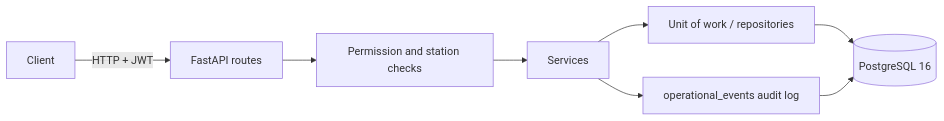
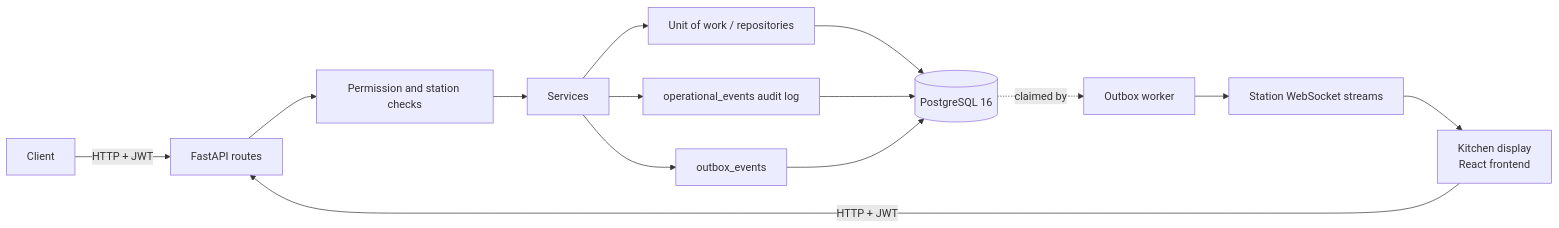
The diagram in README.md (ArturLy263/restaurant-os), drawn with Mermaid before and after one commit. The commit also changed other lines of this file, not shown here.

Commit message:
docs: describe the outbox, station streams and kitchen display in the overview

````diff
--- a/README.md
+++ b/README.md
@@ -24,10 +37,16 @@
 ```mermaid
 flowchart LR
     Client -->|HTTP + JWT| API[FastAPI routes]
     API --> Perm[Permission and station checks]
     Perm --> Svc[Services]
     Svc --> UoW[Unit of work / repositories]
     UoW --> PG[(PostgreSQL 16)]
     Svc --> Ev[operational_events audit log]
     Ev --> PG
+    Svc --> OB[outbox_events]
+    OB --> PG
+    PG -.claimed by.-> W[Outbox worker]
+    W --> WS[Station WebSocket streams]
+    WS --> KDS[Kitchen display<br/>React frontend]
+    KDS -->|HTTP + JWT| API
 ```
````
